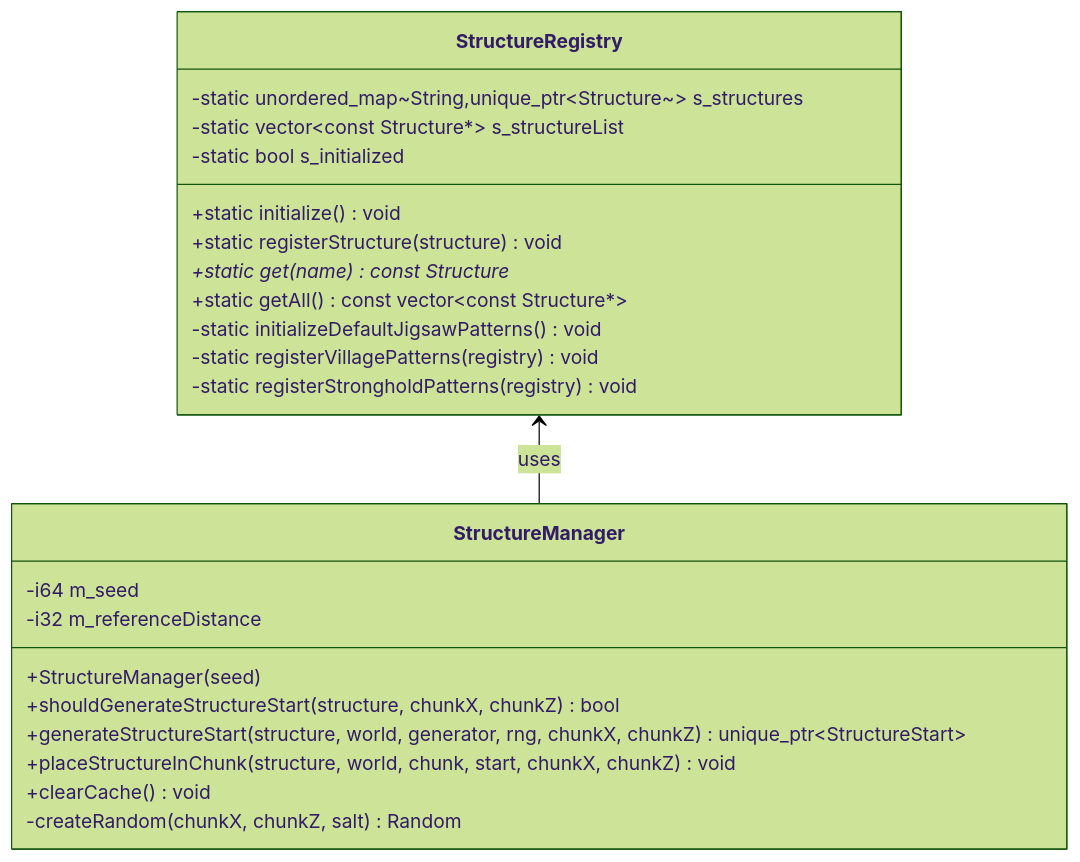
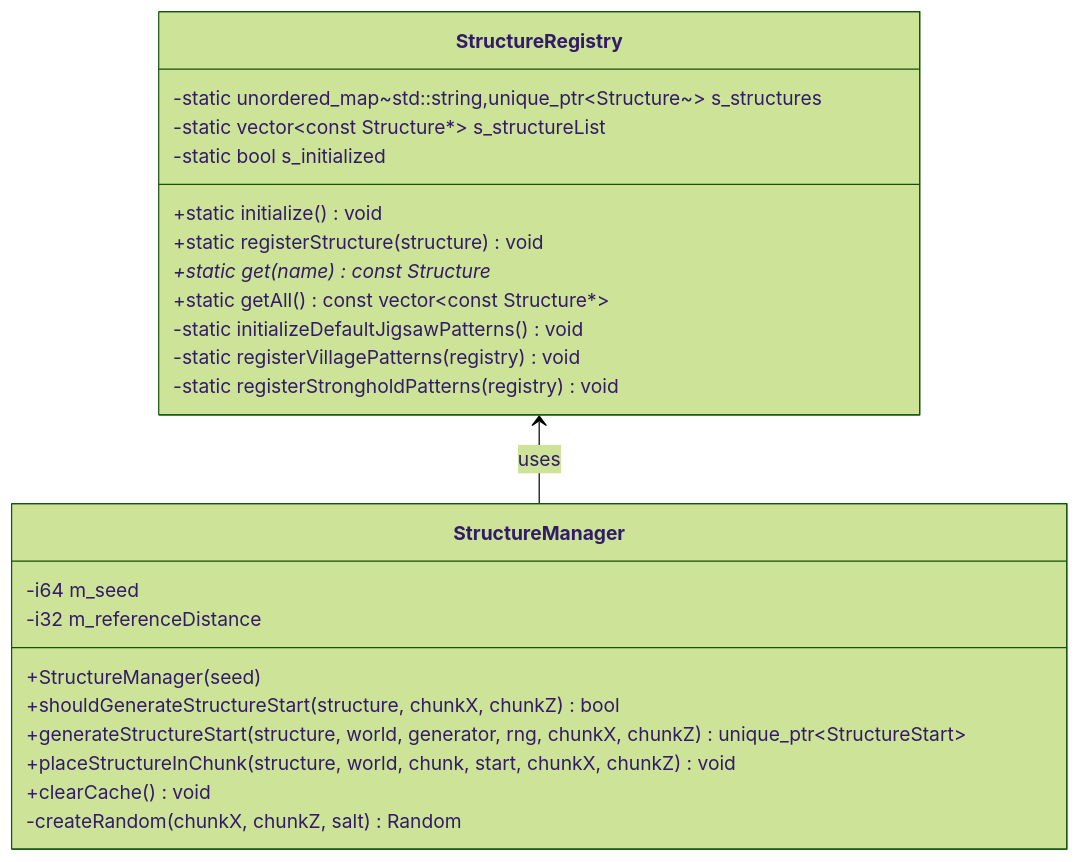
Before and after one commit to g122622/Cubium: the second of 8 diagrams in src/common/world/gen/structure/README.md, drawn with Mermaid (forest theme). The commit also changed other lines of this file and 823 other files, not shown here.

````diff
--- a/src/common/world/gen/structure/README.md
+++ b/src/common/world/gen/structure/README.md
@@ -175,28 +175,28 @@
 ```mermaid
 classDiagram
     class StructureRegistry {
-        -static unordered_map~String,unique_ptr~Structure~~ s_structures
+        -static unordered_map~std::string,unique_ptr~Structure~~ s_structures
         -static vector~const Structure*~ s_structureList
         -static bool s_initialized
         +static initialize() void
         +static registerStructure(structure) void
         +static get(name) const Structure*
         +static getAll() const vector~const Structure*~
         -static initializeDefaultJigsawPatterns() void
         -static registerVillagePatterns(registry) void
         -static registerStrongholdPatterns(registry) void
     }
     
     class StructureManager {
         -i64 m_seed
         -i32 m_referenceDistance
         +StructureManager(seed)
         +shouldGenerateStructureStart(structure, chunkX, chunkZ) bool
         +generateStructureStart(structure, world, generator, rng, chunkX, chunkZ) unique_ptr~StructureStart~
         +placeStructureInChunk(structure, world, chunk, start, chunkX, chunkZ) void
         +clearCache() void
         -createRandom(chunkX, chunkZ, salt) Random
     }
     
     StructureRegistry <-- StructureManager : uses
 ```
````
